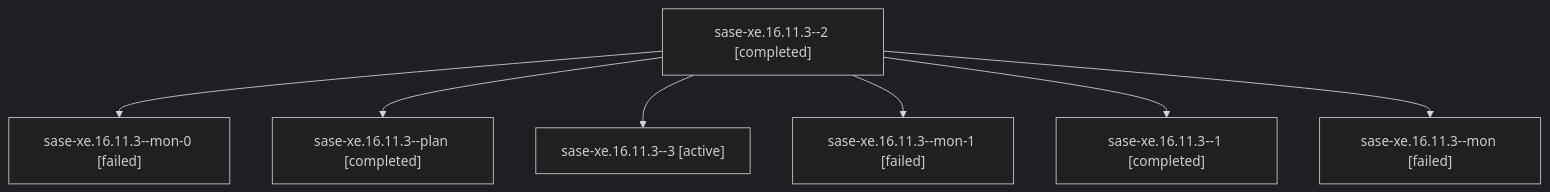
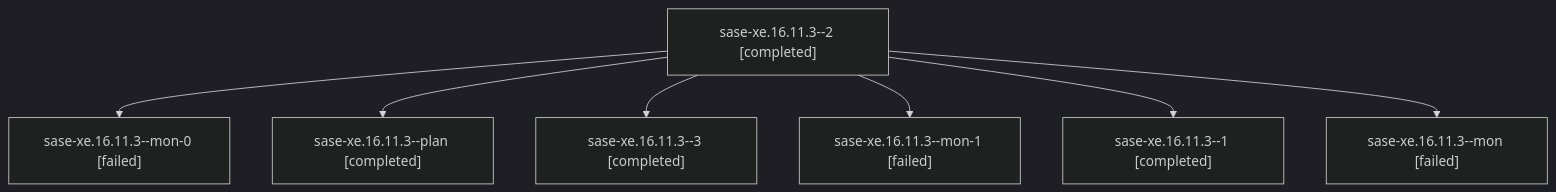
Before and after one commit to sase-org/sase--agents: the diagram in families/bbugyi200.athena.sase-xe.16.11.3.md, drawn with Mermaid (dark theme). The commit also changed other lines of this file and 163 other files, not shown here.

````diff
--- a/families/bbugyi200.athena.sase-xe.16.11.3.md
+++ b/families/bbugyi200.athena.sase-xe.16.11.3.md
@@ -9,16 +9,16 @@
 ```mermaid
 flowchart TD
   n0["sase-xe.16.11.3--2 [completed]"]
   n1["sase-xe.16.11.3--mon-0 [failed]"]
   n0 --> n1
   n2["sase-xe.16.11.3--plan [completed]"]
   n0 --> n2
-  n3["sase-xe.16.11.3--3 [active]"]
+  n3["sase-xe.16.11.3--3 [completed]"]
   n0 --> n3
   n4["sase-xe.16.11.3--mon-1 [failed]"]
   n0 --> n4
   n5["sase-xe.16.11.3--1 [completed]"]
   n0 --> n5
   n6["sase-xe.16.11.3--mon [failed]"]
   n0 --> n6
 ```
````
